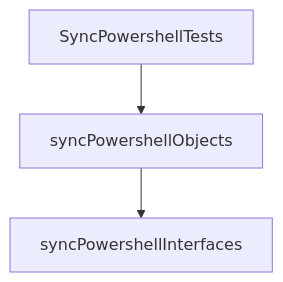
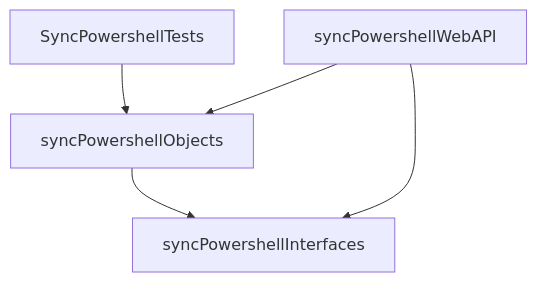
Before and after one commit to ignatandrei/syncPowershellProfile: the diagram in documentation/syncPowershell/docs/TechnicalDocs/ProjectRelation.md, drawn with Mermaid. The commit also changed 1 other file, not shown here.

Commit message:
added relation

````diff
--- a/documentation/syncPowershell/docs/TechnicalDocs/ProjectRelation.md
+++ b/documentation/syncPowershell/docs/TechnicalDocs/ProjectRelation.md
@@ -4,7 +4,11 @@
 ```mermaid
 graph TB    
 
 SyncPowershellTests-->syncPowershellObjects
 
 syncPowershellObjects-->syncPowershellInterfaces
+
+syncPowershellWebAPI-->syncPowershellInterfaces
+
+syncPowershellWebAPI-->syncPowershellObjects
 ```
````
